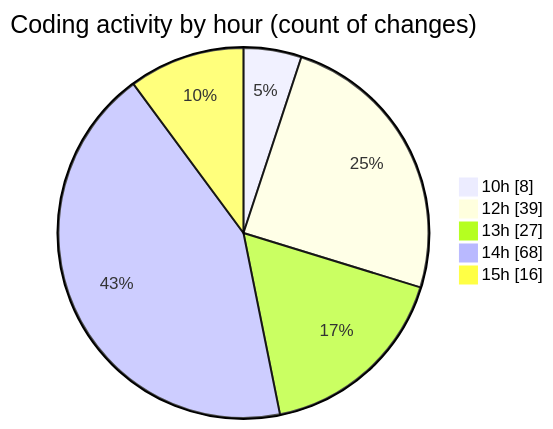
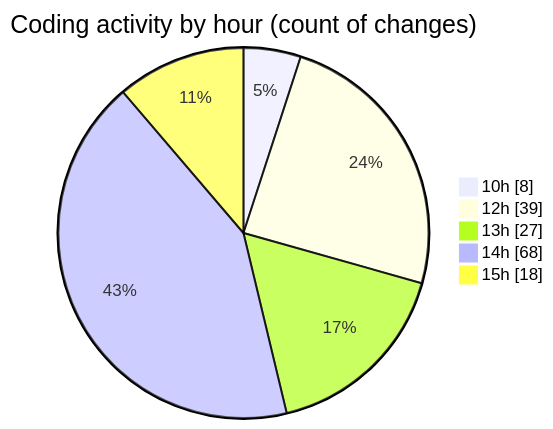
Before and after one commit to momahboobian/code-tracking: the second of 2 diagrams in 2025-05-02/cda/README.md, drawn with Mermaid. The commit also changed other lines of this file and 1 other file, not shown here.

````diff
--- a/2025-05-02/cda/README.md
+++ b/2025-05-02/cda/README.md
@@ -45,9 +46,9 @@
 ```mermaid
 pie showData
 title Coding activity by hour (count of changes)
 "10h" : 8
 "12h" : 39
 "13h" : 27
 "14h" : 68
-"15h" : 16
+"15h" : 18
 ```
````
